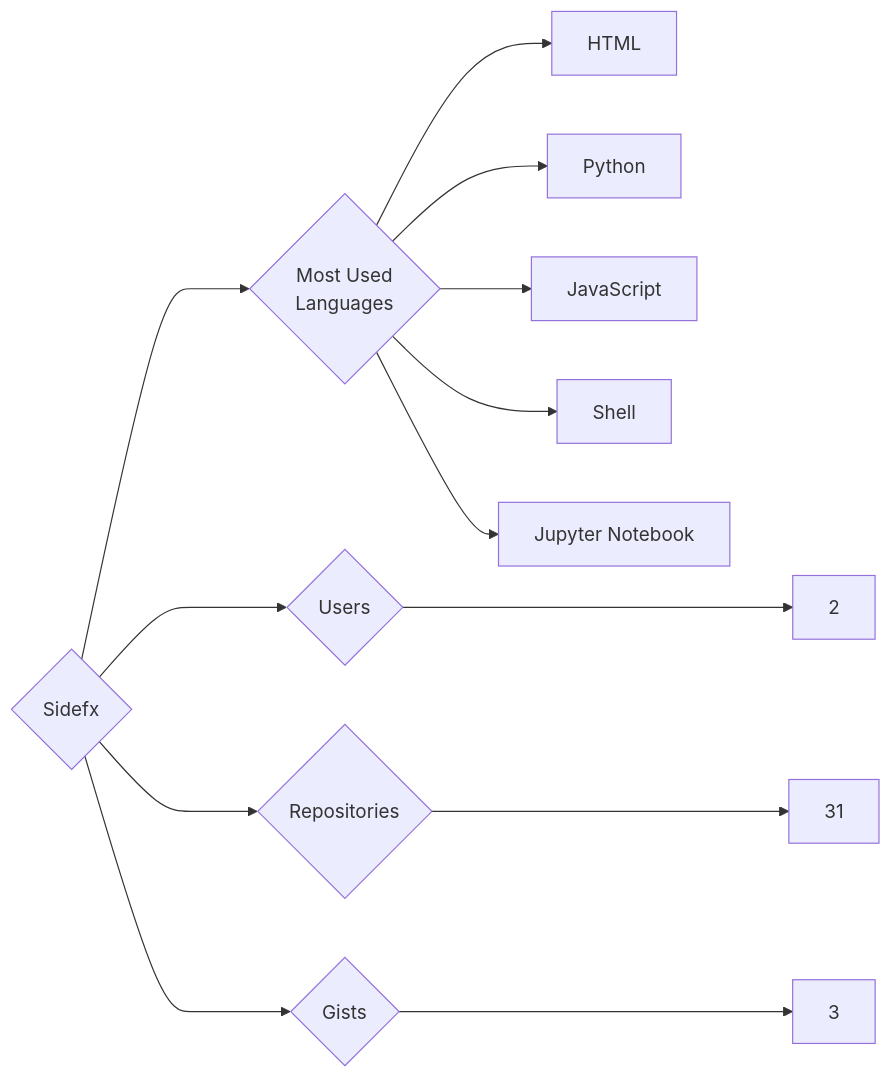
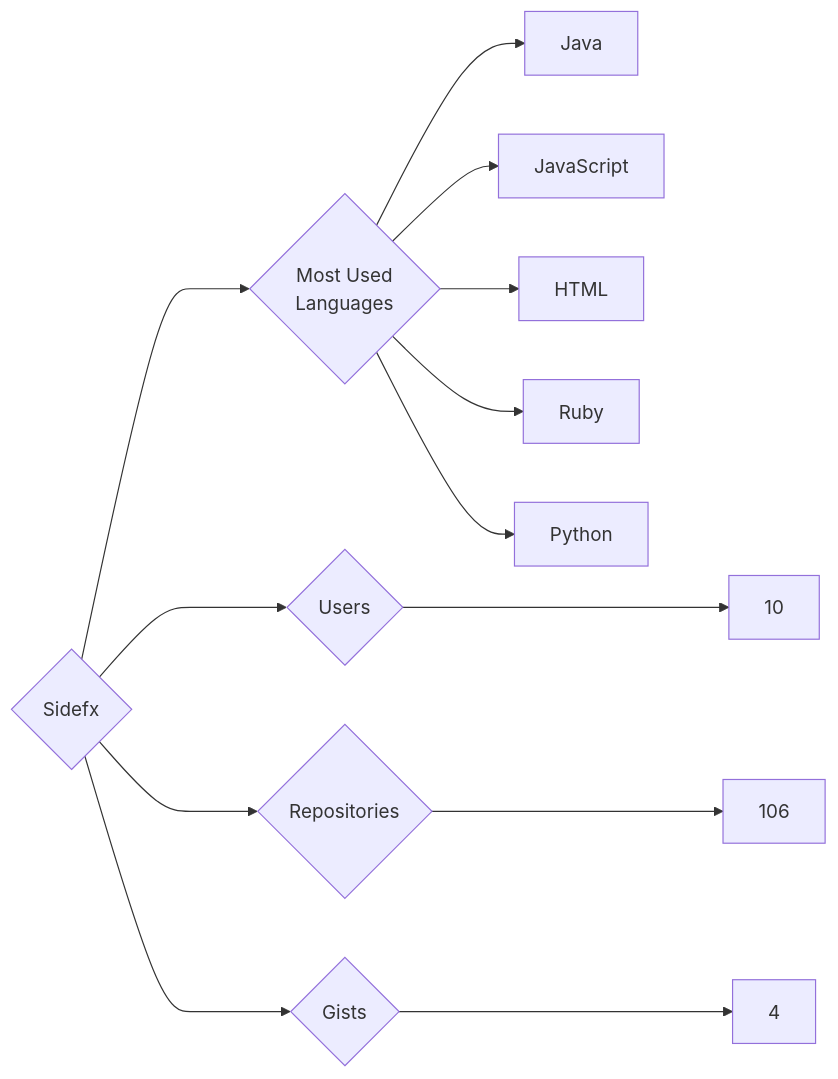
The diagram in targets/Sidefx/README.md (trickest/insiders), drawn with Mermaid before and after one commit. The commit also changed 1696 other files, not shown here.

````diff
--- a/targets/Sidefx/README.md
+++ b/targets/Sidefx/README.md
@@ -3,13 +3,13 @@
 ```mermaid
 graph LR
 COMPANY_NAME{Sidefx}
-COMPANY_NAME ---> U{Users} ---> UN[2]
-COMPANY_NAME ---> R{Repositories} ---> RN[31]
-COMPANY_NAME ---> G{Gists} ---> GN[3]
+COMPANY_NAME ---> U{Users} ---> UN[10]
+COMPANY_NAME ---> R{Repositories} ---> RN[106]
+COMPANY_NAME ---> G{Gists} ---> GN[4]
 COMPANY_NAME ---> ML{Most Used<br>Languages}
+ML --> Java[Java]
+ML --> JavaScript[JavaScript]
 ML --> HTML[HTML]
+ML --> Ruby[Ruby]
 ML --> Python[Python]
-ML --> JavaScript[JavaScript]
-ML --> Shell[Shell]
-ML --> Jupyter_Notebook[Jupyter Notebook]
 ```
````
